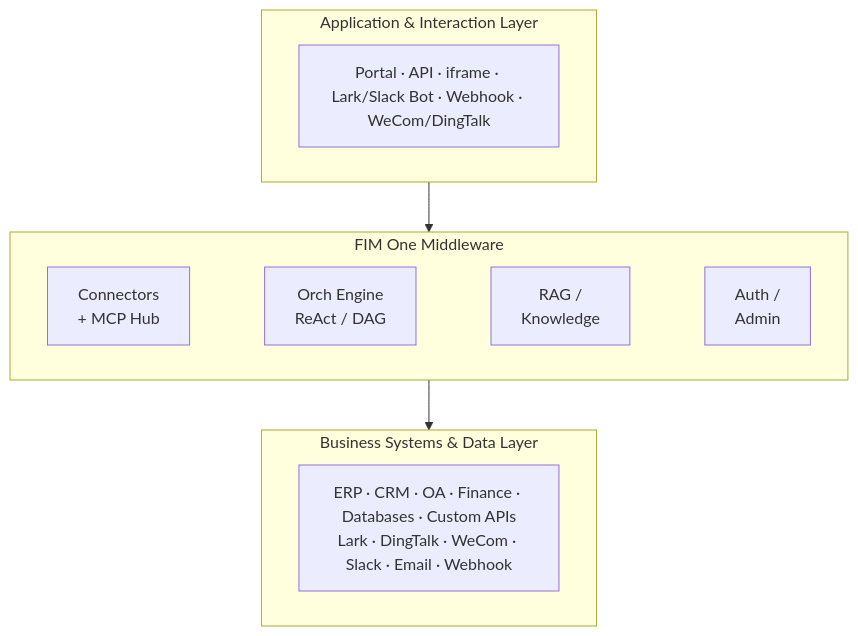
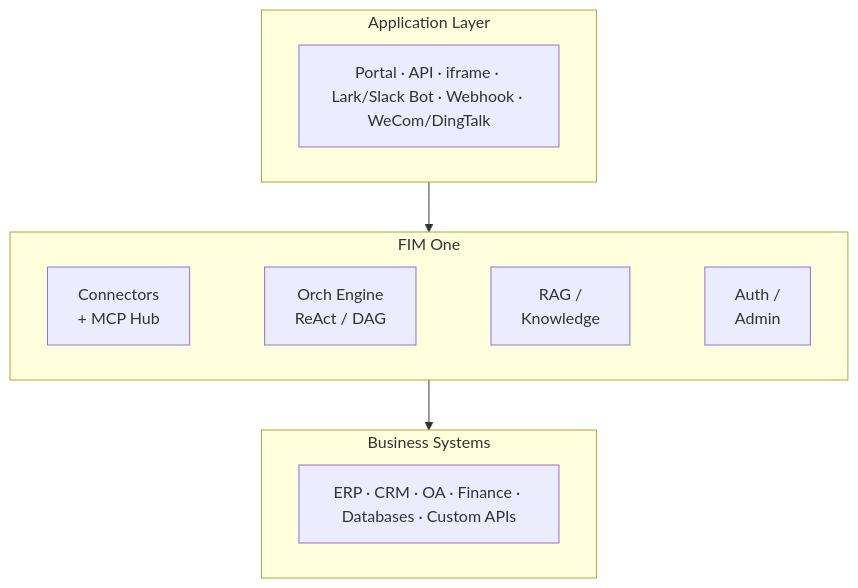
One commit to fim-ai/fim-agent changed the second of 2 diagrams in README.md. Above: the diagram before and after it, drawn with Mermaid. The commit also changed other lines of this file and 15 other files, not shown here.

````diff
--- a/README.md
+++ b/README.md
@@ -202,14 +146,14 @@
 ```mermaid
 graph TB
-    subgraph app["Application & Interaction Layer"]
+    subgraph app["Application Layer"]
         a["Portal · API · iframe · Lark/Slack Bot · Webhook · WeCom/DingTalk"]
     end
-    subgraph mid["FIM One Middleware"]
+    subgraph mid["FIM One"]
         direction LR
         m1["Connectors<br/>+ MCP Hub"] ~~~ m2["Orch Engine<br/>ReAct / DAG"] ~~~ m3["RAG /<br/>Knowledge"] ~~~ m4["Auth /<br/>Admin"]
     end
-    subgraph biz["Business Systems & Data Layer"]
-        b["ERP · CRM · OA · Finance · Databases · Custom APIs<br/>Lark · DingTalk · WeCom · Slack · Email · Webhook"]
+    subgraph biz["Business Systems"]
+        b["ERP · CRM · OA · Finance · Databases · Custom APIs"]
     end
     app --> mid --> biz
 ```
````
